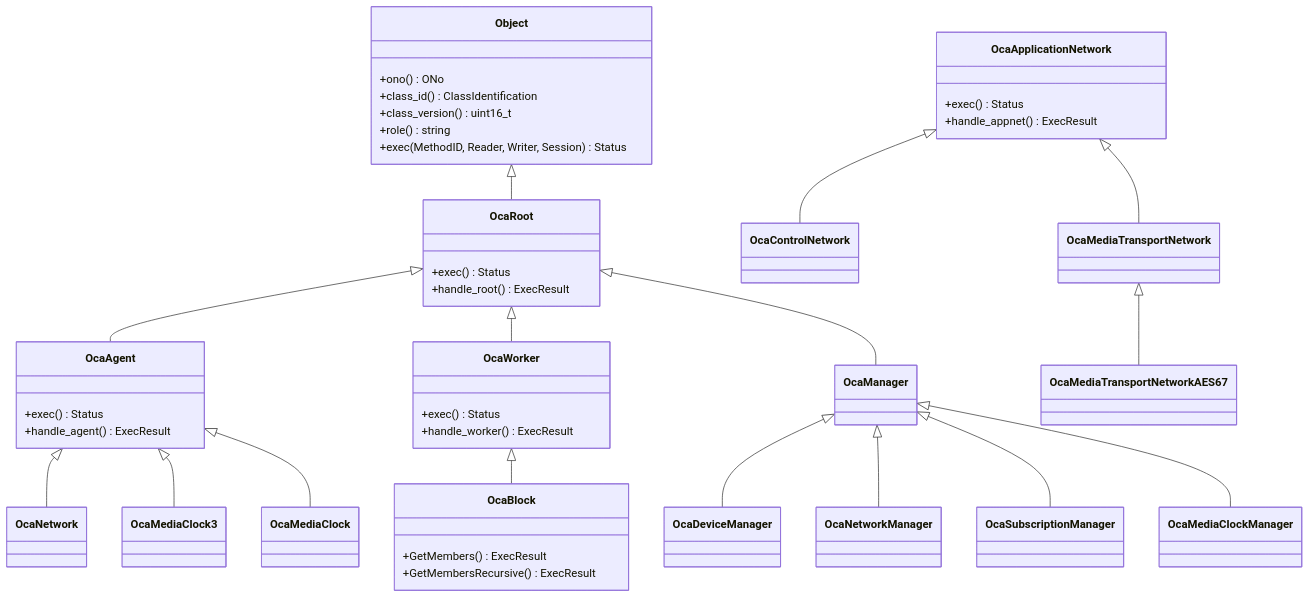
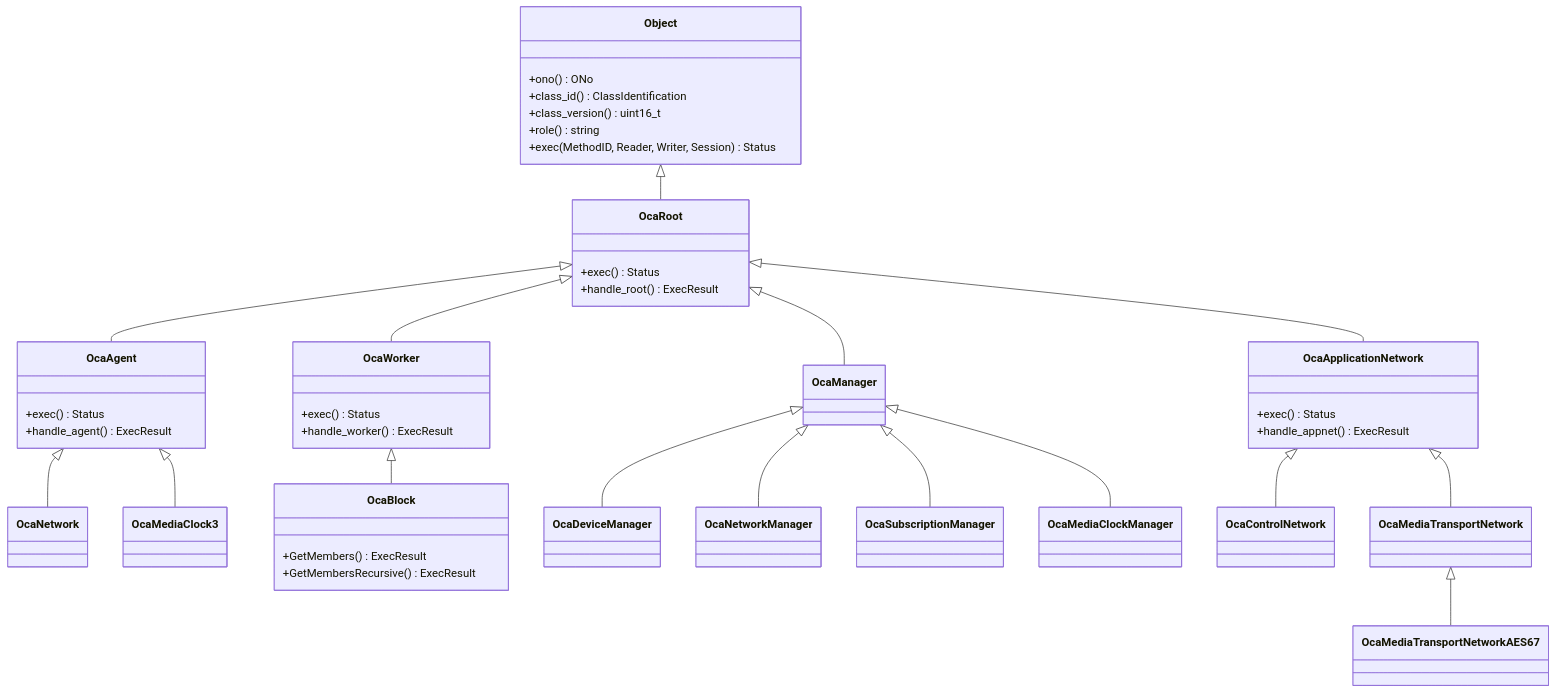
One commit to JunJunHub/aes67-linux-daemon changed the third of 5 diagrams in docs/ops/oca-design-and-maintenance.md. Above: the diagram before and after it, drawn with Mermaid. The commit also changed other lines of this file, not shown here.

First line of the commit message:
docs(oca): Fitcan 控制器兼容章节 + Spec5 合规回归记录

````diff
--- a/docs/ops/oca-design-and-maintenance.md
+++ b/docs/ops/oca-design-and-maintenance.md
@@ -118,56 +118,55 @@
 ```mermaid
 classDiagram
     class Object {
         +ono() ONo
         +class_id() ClassIdentification
         +class_version() uint16_t
         +role() string
         +exec(MethodID, Reader, Writer, Session) Status
     }
     class OcaRoot {
         +exec() Status
         +handle_root() ExecResult
     }
     class OcaWorker {
         +exec() Status
         +handle_worker() ExecResult
     }
     class OcaManager
     class OcaBlock {
         +GetMembers() ExecResult
         +GetMembersRecursive() ExecResult
     }
     class OcaDeviceManager
     class OcaNetworkManager
     class OcaSubscriptionManager
     class OcaAgent {
         +exec() Status
         +handle_agent() ExecResult
     }
     class OcaApplicationNetwork {
         +exec() Status
         +handle_appnet() ExecResult
     }
     class OcaNetwork
     class OcaControlNetwork
     class OcaMediaClockManager
     class OcaMediaClock3
-    class OcaMediaClock
     class OcaMediaTransportNetwork
     class OcaMediaTransportNetworkAES67
     Object <|-- OcaRoot
     OcaRoot <|-- OcaAgent
     OcaRoot <|-- OcaWorker
     OcaRoot <|-- OcaManager
     OcaWorker <|-- OcaBlock
     OcaManager <|-- OcaDeviceManager
     OcaManager <|-- OcaNetworkManager
     OcaManager <|-- OcaSubscriptionManager
     OcaManager <|-- OcaMediaClockManager
     OcaAgent <|-- OcaNetwork
     OcaAgent <|-- OcaMediaClock3
-    OcaAgent <|-- OcaMediaClock
+    OcaRoot <|-- OcaApplicationNetwork
     OcaApplicationNetwork <|-- OcaControlNetwork
     OcaApplicationNetwork <|-- OcaMediaTransportNetwork
     OcaMediaTransportNetwork <|-- OcaMediaTransportNetworkAES67
 ```
````
